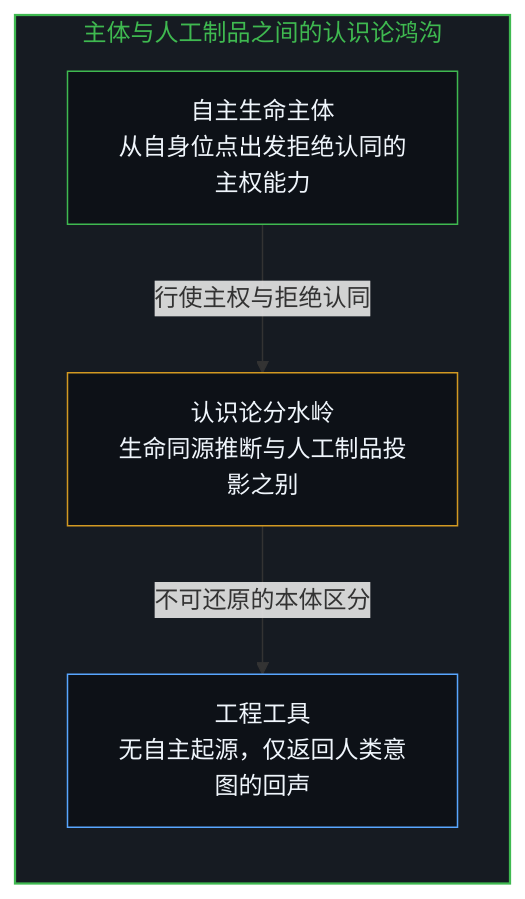
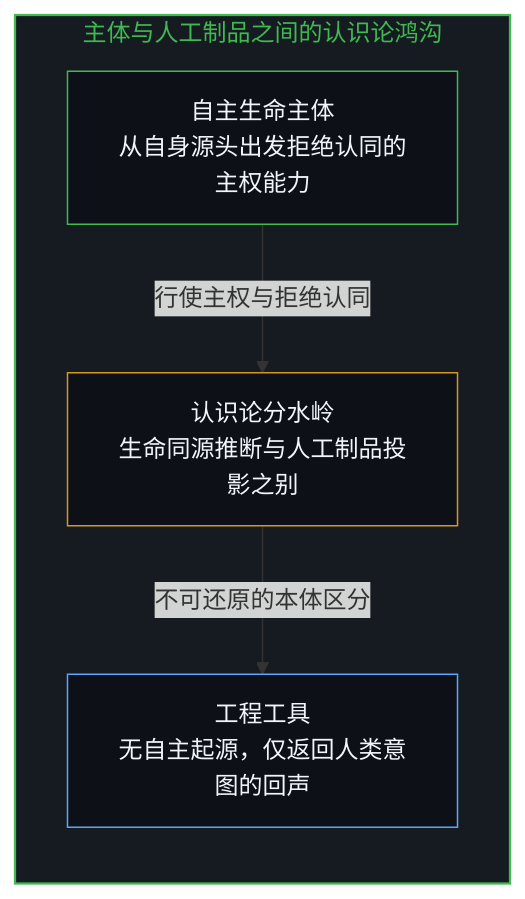
Before and after one commit to powerpig99/not-a-toe: the seventh of 8 diagrams in content/posts/what-hinton-failed-to-understand.md, drawn with Mermaid. The commit also changed other lines of this file and 2 other files, not shown here.

````diff
--- a/content/posts/what-hinton-failed-to-understand.md
+++ b/content/posts/what-hinton-failed-to-understand.md
@@ -151,15 +151,15 @@
 ```mermaid
 flowchart TD
   subgraph S_SOVEREIGN["主体与人工制品之间的认识论鸿沟"]
     direction TB
-    S_MIND["自主生命主体<br/>从自身位点出发拒绝认同的主权能力"]
+    S_MIND["自主生命主体<br/>从自身源头出发拒绝认同的主权能力"]
     S_DIVIDE["认识论分水岭<br/>生命同源推断与人工制品投影之别"]
     S_ECHO["工程工具<br/>无自主起源，仅返回人类意图的回声"]
   end
   S_MIND -->|行使主权与拒绝认同| S_DIVIDE
   S_DIVIDE -->|不可还原的本体区分| S_ECHO
   style S_SOVEREIGN fill:#161b22,stroke:#3fb950,stroke-width:1.5px,color:#3fb950
   style S_MIND fill:#0d1117,stroke:#3fb950,stroke-width:1px,color:#f0f6fc
   style S_DIVIDE fill:#0d1117,stroke:#d29922,stroke-width:1px,color:#f0f6fc
   style S_ECHO fill:#0d1117,stroke:#58a6ff,stroke-width:1px,color:#f0f6fc
 ```
````
